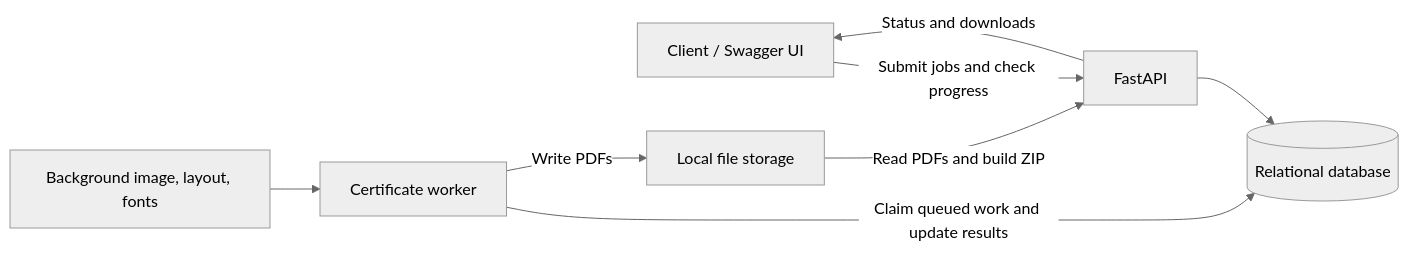
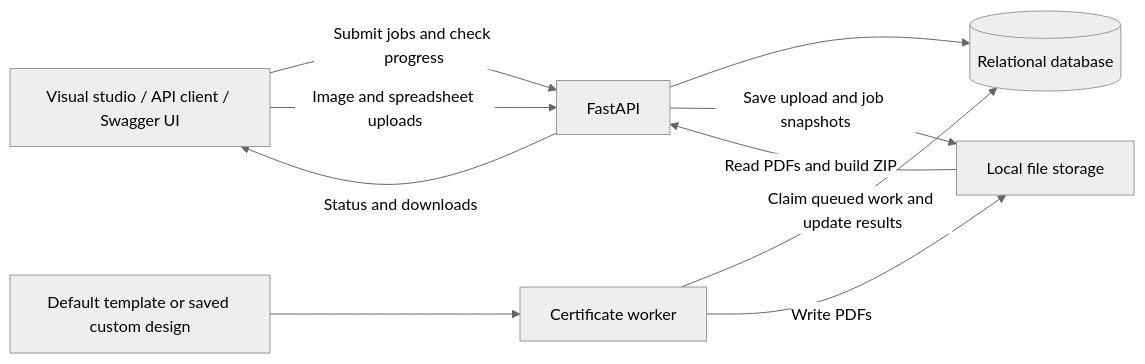
The first of 2 diagrams in README.md (Prathmesh333/BulkCertificateGenerator), drawn with Mermaid (neutral theme) before and after one commit. The commit also changed other lines of this file and 4 other files, not shown here.

````diff
--- a/README.md
+++ b/README.md
@@ -49,10 +75,12 @@
 ```mermaid
 flowchart LR
-    Client[Client / Swagger UI] -->|Submit jobs and check progress| API[FastAPI]
+    Client[Visual studio / API client / Swagger UI] -->|Submit jobs and check progress| API[FastAPI]
     API --> DB[(Relational database)]
     Worker[Certificate worker] -->|Claim queued work and update results| DB
-    Template[Background image, layout, fonts] --> Worker
+    Template[Default template or saved custom design] --> Worker
+    Client -->|Image and spreadsheet uploads| API
+    API -->|Save upload and job snapshots| Storage
     Worker -->|Write PDFs| Storage[Local file storage]
     Storage -->|Read PDFs and build ZIP| API
     API -->|Status and downloads| Client
 ```
````
